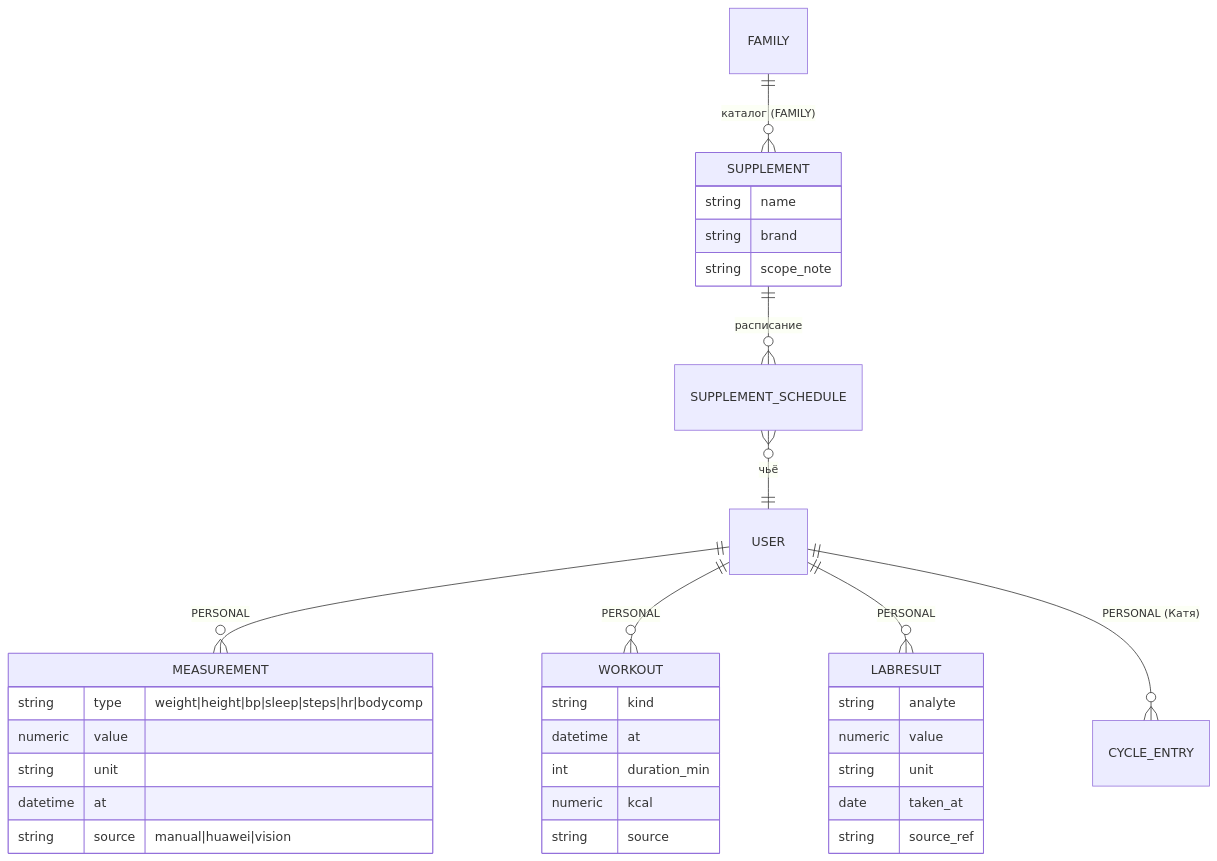
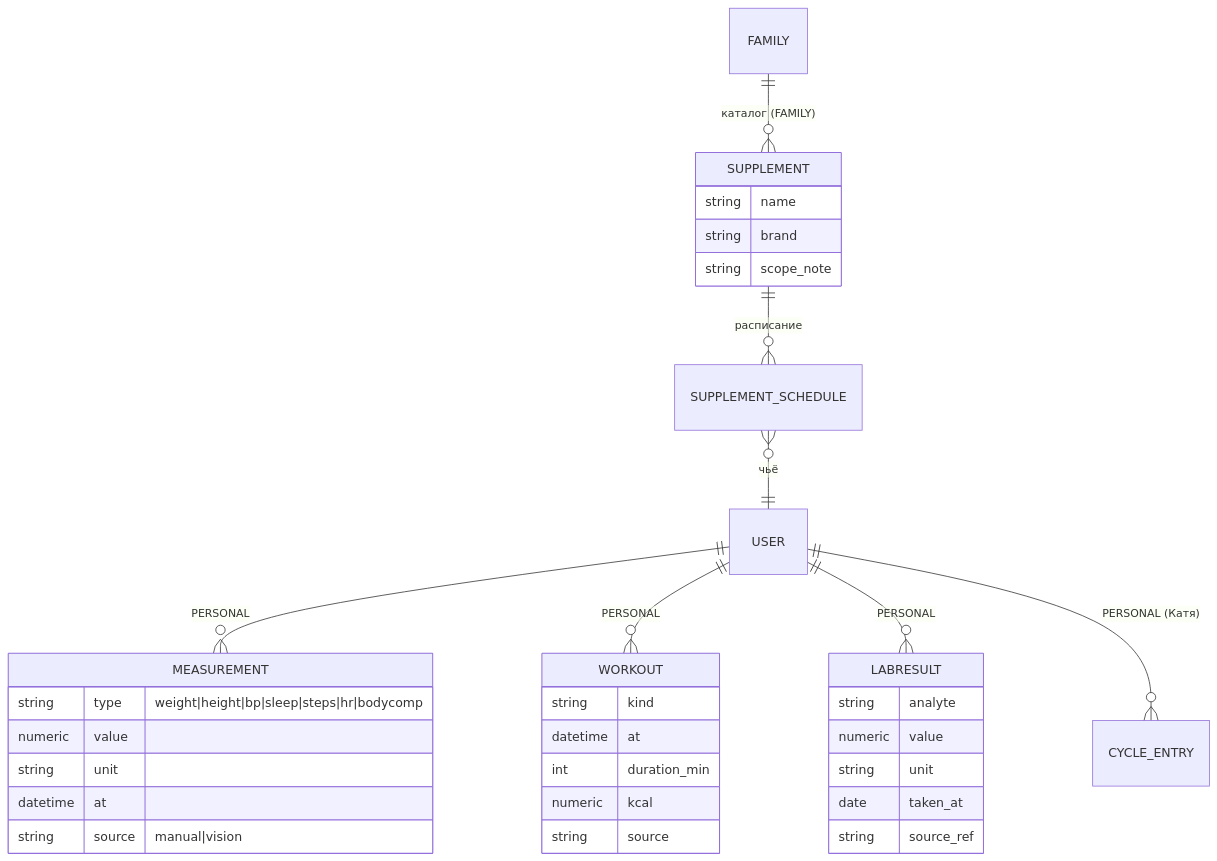
Before and after one commit to SkeiLeinux/Assistent_bot: the diagram in docs/06_program/stage-3-health.md, drawn with Mermaid. The commit also changed other lines of this file and 43 other files, not shown here.

````diff
--- a/docs/06_program/stage-3-health.md
+++ b/docs/06_program/stage-3-health.md
@@ -32,15 +32,15 @@
 ```mermaid
 erDiagram
   USER ||--o{ MEASUREMENT : "PERSONAL"
   USER ||--o{ WORKOUT : "PERSONAL"
   FAMILY ||--o{ SUPPLEMENT : "каталог (FAMILY)"
   SUPPLEMENT ||--o{ SUPPLEMENT_SCHEDULE : "расписание"
   SUPPLEMENT_SCHEDULE }o--|| USER : "чьё"
   USER ||--o{ LABRESULT : "PERSONAL"
   USER ||--o{ CYCLE_ENTRY : "PERSONAL (Катя)"
 
-  MEASUREMENT { string type "weight|height|bp|sleep|steps|hr|bodycomp" numeric value string unit datetime at string source "manual|huawei|vision" }
+  MEASUREMENT { string type "weight|height|bp|sleep|steps|hr|bodycomp" numeric value string unit datetime at string source "manual|vision" }
   WORKOUT { string kind datetime at int duration_min numeric kcal string source }
   SUPPLEMENT { string name string brand string scope_note }
   LABRESULT { string analyte numeric value string unit date taken_at string source_ref }
 ```
````
